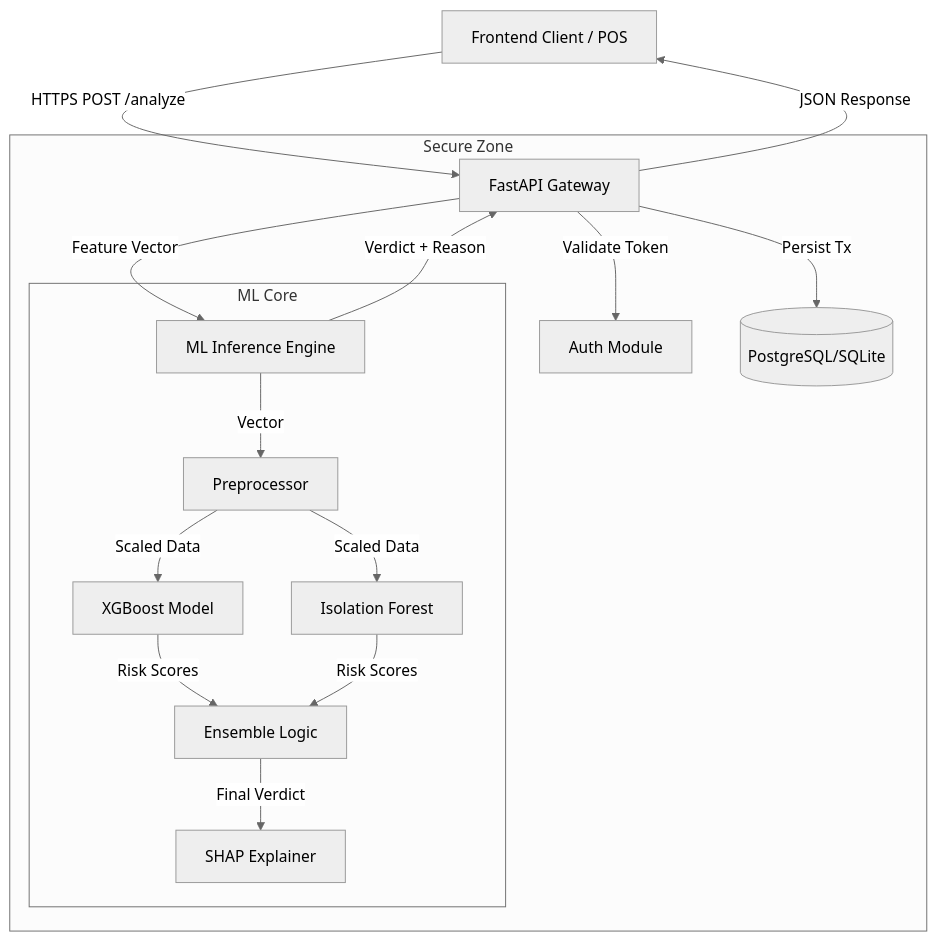
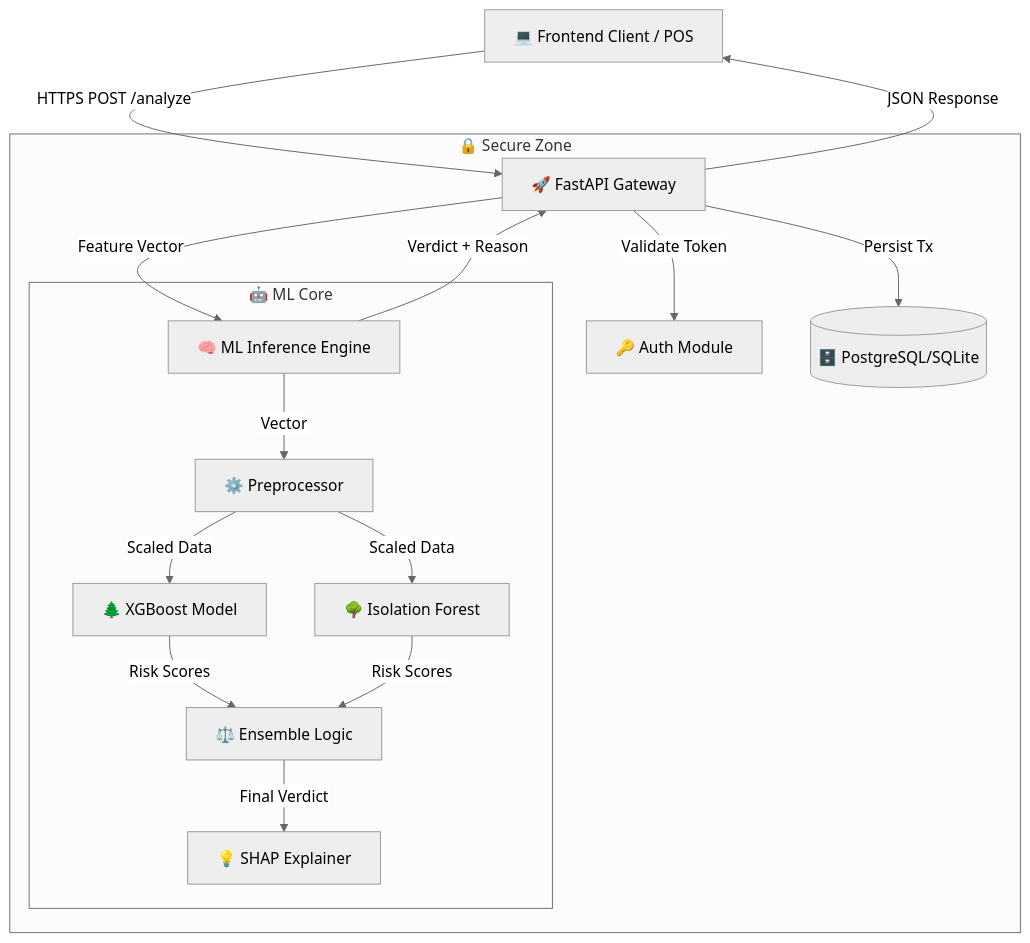
Before and after one commit to AdityaPardikar/AegisFlow: the diagram in README.md, drawn with Mermaid (neutral theme). The commit also changed other lines of this file, not shown here.

````diff
--- a/README.md
+++ b/README.md
@@ -50,24 +62,24 @@
 ```mermaid
 graph TD
-    Client[Frontend Client / POS] -->|HTTPS POST /analyze| API[FastAPI Gateway]
+    Client[💻 Frontend Client / POS] -->|HTTPS POST /analyze| API[🚀 FastAPI Gateway]
     
-    subgraph "Secure Zone"
-        API -->|Validate Token| Auth[Auth Module]
-        API -->|Persist Tx| DB[(PostgreSQL/SQLite)]
+    subgraph "🔒 Secure Zone"
+        API -->|Validate Token| Auth[🔑 Auth Module]
+        API -->|Persist Tx| DB[(🗄️ PostgreSQL/SQLite)]
         
-        API -->|Feature Vector| MLEngine[ML Inference Engine]
+        API -->|Feature Vector| MLEngine[🧠 ML Inference Engine]
         
-        subgraph "ML Core"
-            MLEngine -->|Vector| Pre[Preprocessor]
-            Pre -->|Scaled Data| XGB[XGBoost Model]
-            Pre -->|Scaled Data| ISO[Isolation Forest]
+        subgraph "🤖 ML Core"
+            MLEngine -->|Vector| Pre[⚙️ Preprocessor]
+            Pre -->|Scaled Data| XGB[🌲 XGBoost Model]
+            Pre -->|Scaled Data| ISO[🌳 Isolation Forest]
             
-            XGB & ISO -->|Risk Scores| Ensemble[Ensemble Logic]
-            Ensemble -->|Final Verdict| SHAP[SHAP Explainer]
+            XGB & ISO -->|Risk Scores| Ensemble[⚖️ Ensemble Logic]
+            Ensemble -->|Final Verdict| SHAP[💡 SHAP Explainer]
         end
         
         MLEngine -->|Verdict + Reason| API
     end
     
     API -->|JSON Response| Client
 ```
````
